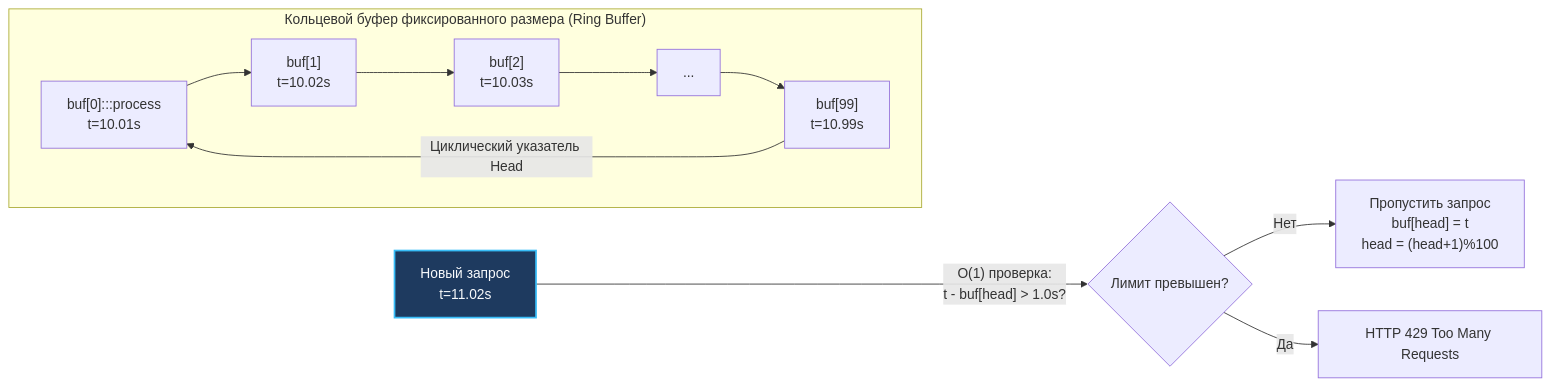
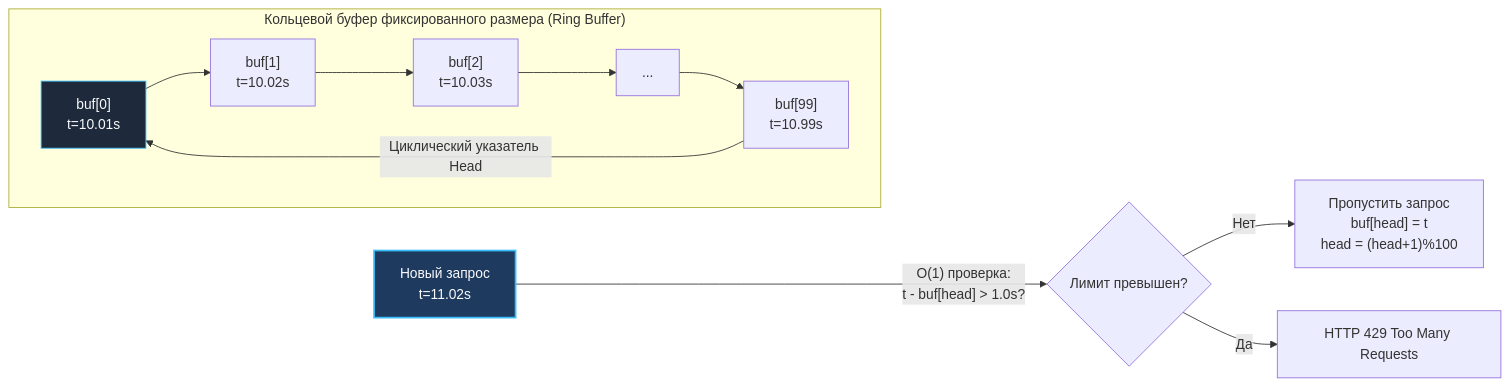
Before and after one commit to UnrealTemplier/go-textbook-ru: the second of 3 diagrams in sources/20. Алгоритмы и структуры данных (DSA) на Go/01. Введение/1. Обзор раздела. Зачем алгоритмы и структуры данных backend разработчику.md, drawn with Mermaid. The commit also changed 40 other files, not shown here.

First line of the commit message:
fix(mermaid): move :::class out of 48 quoted node labels

````diff
--- a/sources/20. Алгоритмы и структуры данных (DSA) на Go/01. Введение/1. Обзор раздела. Зачем алгоритмы и структуры данных backend разработчику.md
+++ b/sources/20. Алгоритмы и структуры данных (DSA) на Go/01. Введение/1. Обзор раздела. Зачем алгоритмы и структуры данных backend разработчику.md
@@ -201,25 +201,25 @@
 ```mermaid
 flowchart LR
     classDef process  fill:#1e293b,stroke:#38bdf8,stroke-width:1px,color:#f8fafc
     classDef success  fill:#064e3b,stroke:#34d399,stroke-width:1px,color:#f8fafc
     classDef error    fill:#7f1d1d,stroke:#f87171,stroke-width:1px,color:#f8fafc
     classDef warning  fill:#78350f,stroke:#fbbf24,stroke-width:1px,color:#f8fafc
     classDef entry    fill:#1e3a5f,stroke:#38bdf8,stroke-width:2px,color:#f8fafc
     classDef aux      fill:#334155,stroke:#64748b,stroke-width:1px,color:#f8fafc
     classDef system   fill:#312e81,stroke:#a78bfa,stroke-width:1px,color:#f8fafc
     classDef data     fill:#132d29,stroke:#2dd4bf,stroke-width:1px,color:#f8fafc
     classDef network  fill:#881337,stroke:#fb7185,stroke-width:1px,color:#f8fafc
     classDef accent   fill:#1e1b4b,stroke:#818cf8,stroke-width:1px,color:#f8fafc
     subgraph RingBuffer["Кольцевой буфер фиксированного размера (Ring Buffer)"]
         direction LR
-        Slot0["buf[0]:::process<br>t=10.01s"] --> Slot1["buf[1]<br>t=10.02s"]
+        Slot0["buf[0]<br>t=10.01s"]:::process --> Slot1["buf[1]<br>t=10.02s"]
         Slot1 --> Slot2["buf[2]<br>t=10.03s"]
         Slot2 --> Dots["..."]
         Dots --> Slot99["buf[99]<br>t=10.99s"]
         Slot99 -->|"Циклический указатель Head"| Slot0
     end
 
     NewReq["Новый запрос<br>t=11.02s"]:::entry -->|"O(1) проверка:<br>t - buf[head] > 1.0s?"| Decision{"Лимит превышен?"}
     Decision -->|"Нет"| Allow["Пропустить запрос<br>buf[head] = t<br>head = (head+1)%100"]
     Decision -->|"Да"| Reject["HTTP 429 Too Many Requests"]
 ```
````
